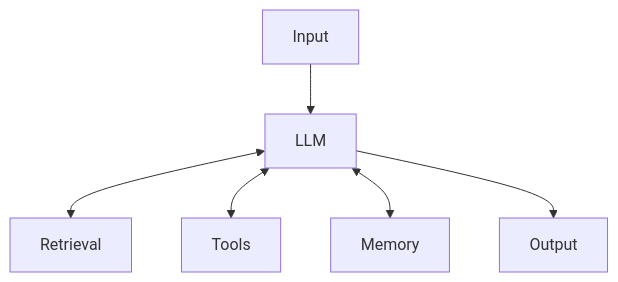
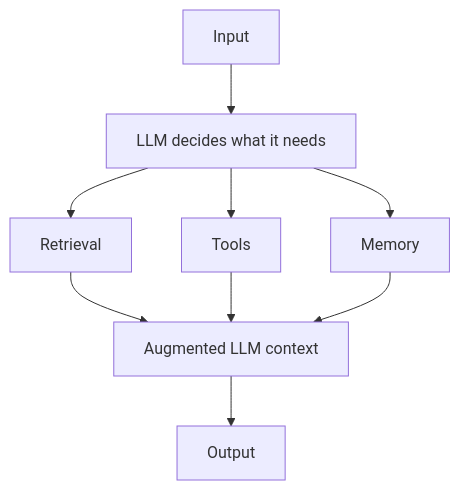
Before and after one commit to sanjaykumarpushadapu/MTech: the fourth of 12 diagrams in 2026-2027-Sem1/AIMLCZG521-ConversationalAI/notes/S01-foundations.md, drawn with Mermaid. The commit also changed other lines of this file and 3 other files, not shown here.

````diff
--- a/2026-2027-Sem1/AIMLCZG521-ConversationalAI/notes/S01-foundations.md
+++ b/2026-2027-Sem1/AIMLCZG521-ConversationalAI/notes/S01-foundations.md
@@ -164,8 +160,11 @@
 ```mermaid
 flowchart TD
-    IN[Input] --> LLM[LLM]
-    LLM <--> R[Retrieval]
-    LLM <--> T[Tools]
-    LLM <--> M[Memory]
-    LLM --> OUT[Output]
+    IN[Input] --> PLAN[LLM decides what it needs]
+    PLAN --> R[Retrieval]
+    PLAN --> T[Tools]
+    PLAN --> M[Memory]
+    R --> AUG[Augmented LLM context]
+    T --> AUG
+    M --> AUG
+    AUG --> OUT[Output]
 ```
````
